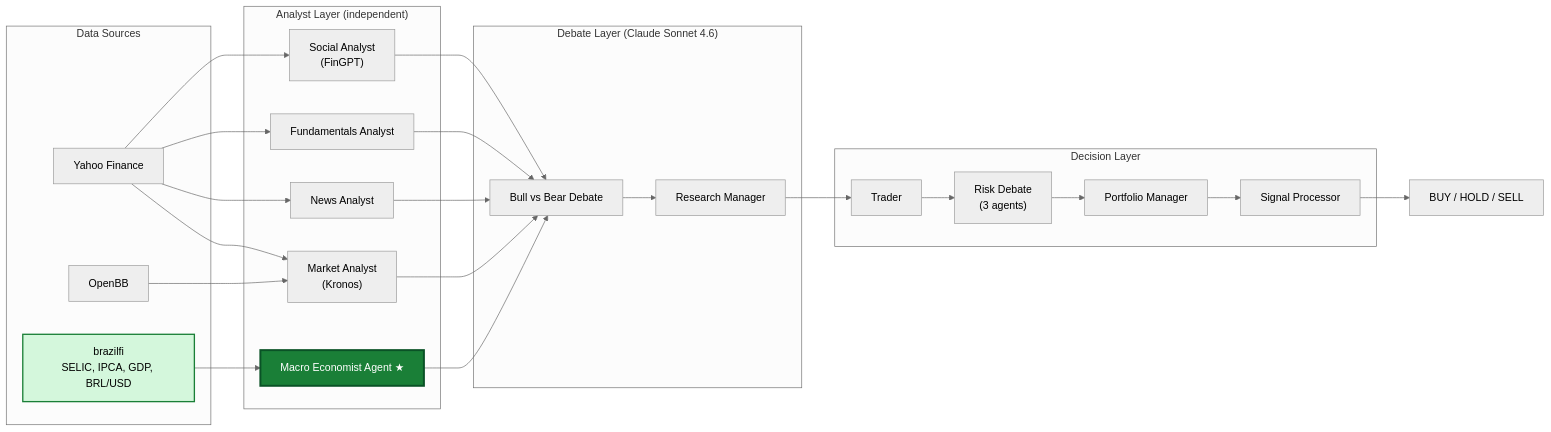
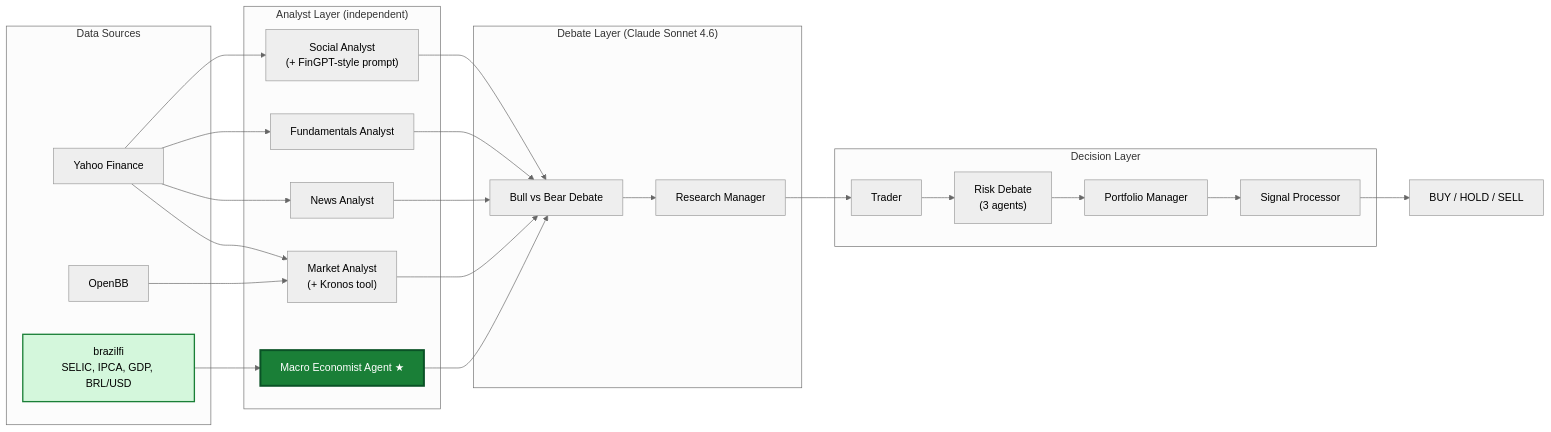
One commit to RAFAELDCOELHO/autonomous-hedge-fund changed the diagram in README.md. Above: the diagram before and after it, drawn with Mermaid (neutral theme). The commit also changed other lines of this file and 11 other files, not shown here.

````diff
--- a/README.md
+++ b/README.md
@@ -36,49 +44,49 @@
 ```mermaid
 flowchart LR
     subgraph DATA["Data Sources"]
         YF["Yahoo Finance"]
         OBB["OpenBB"]
         BZF["brazilfi<br/>SELIC, IPCA, GDP, BRL/USD"]
     end
 
     subgraph ANALYSTS["Analyst Layer (independent)"]
-        MKT["Market Analyst<br/>(Kronos)"]
-        SOC["Social Analyst<br/>(FinGPT)"]
+        MKT["Market Analyst<br/>(+ Kronos tool)"]
+        SOC["Social Analyst<br/>(+ FinGPT-style prompt)"]
         NWS["News Analyst"]
         FND["Fundamentals Analyst"]
         MEC["Macro Economist Agent ★"]
     end
 
     subgraph DEBATE["Debate Layer (Claude Sonnet 4.6)"]
         BBD["Bull vs Bear Debate"]
         RMG["Research Manager"]
     end
 
     subgraph DECISION["Decision Layer"]
         TRD["Trader"]
         RSK["Risk Debate<br/>(3 agents)"]
         PMG["Portfolio Manager"]
         SIG["Signal Processor"]
     end
 
     YF --> MKT
     YF --> NWS
     YF --> FND
     YF --> SOC
     OBB --> MKT
     BZF --> MEC
     MKT --> BBD
     SOC --> BBD
     NWS --> BBD
     FND --> BBD
     MEC --> BBD
     BBD --> RMG
     RMG --> TRD
     TRD --> RSK
     RSK --> PMG
     PMG --> SIG
     SIG --> OUT["BUY / HOLD / SELL"]
 
     style MEC fill:#1a7f37,stroke:#0a5226,stroke-width:3px,color:#ffffff
     style BZF fill:#d4f7dc,stroke:#1a7f37,stroke-width:2px,color:#000000
 ```
````
